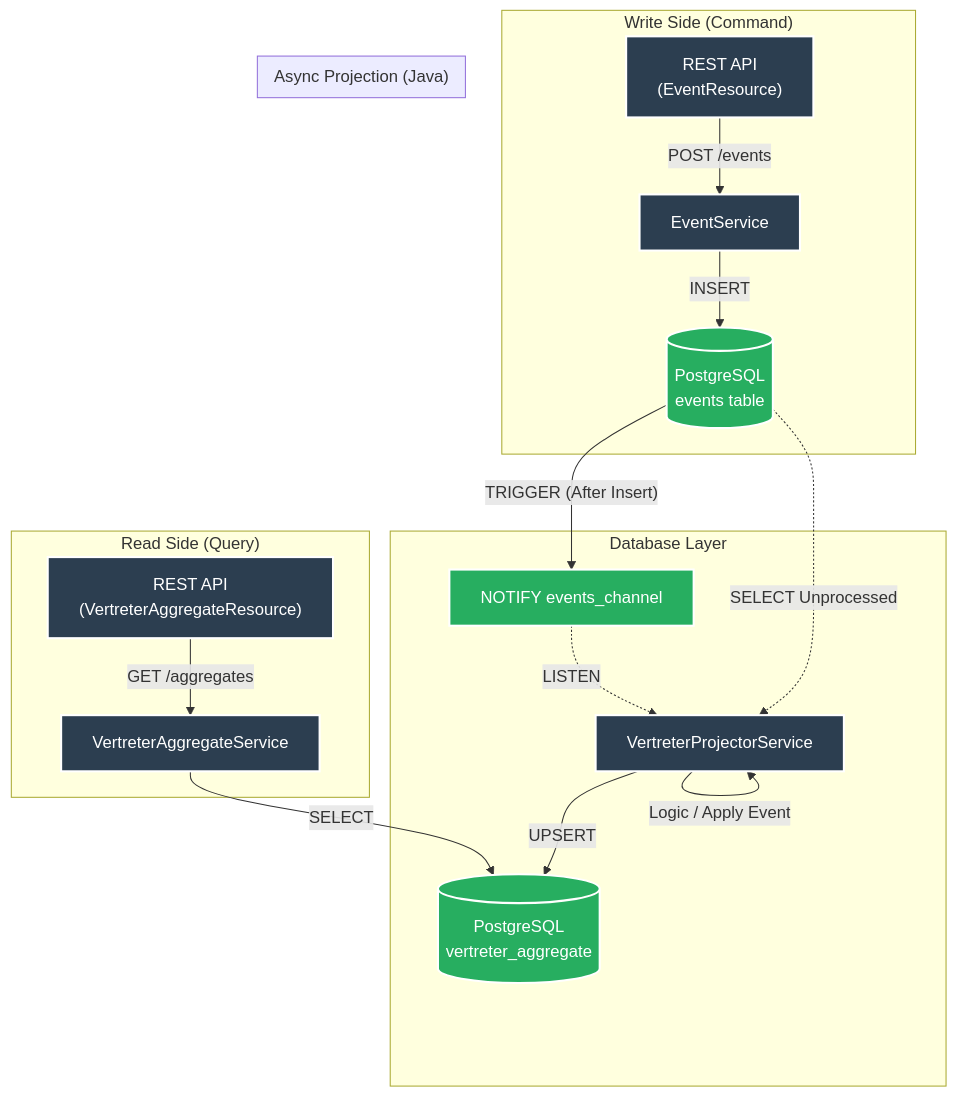
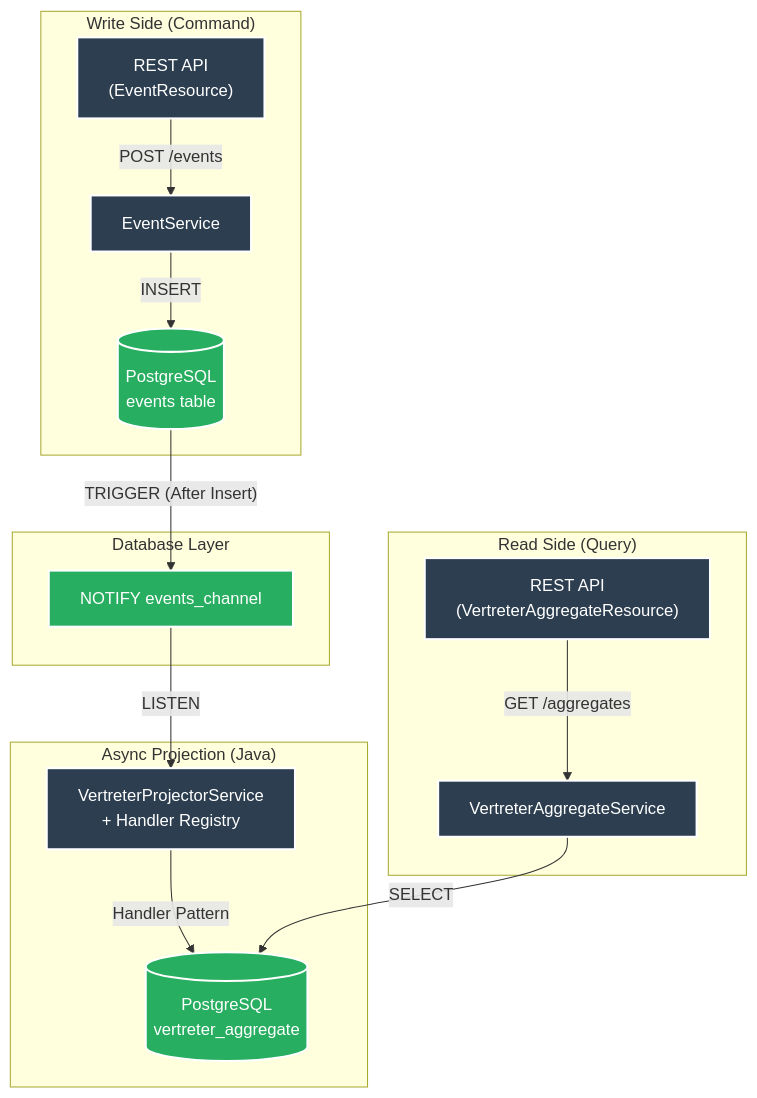
Before and after one commit to maatini/es-psql-quarkus: the diagram in README.md, drawn with Mermaid. The commit also changed other lines of this file, not shown here.

Commit message:
feat: implement `Vertreter` aggregate event handlers, enhance projection robustness, and add comprehensive event resource tests.

````diff
--- a/README.md
+++ b/README.md
@@ -75,30 +9,28 @@
 ```mermaid
 graph TD
     subgraph "Write Side (Command)"
         API_W["REST API<br/>(EventResource)"] -->|"POST /events"| ES["EventService"]
         ES -->|"INSERT"| DB_Events[("PostgreSQL<br/>events table")]
     end
 
     subgraph "Database Layer"
         DB_Events -->|"TRIGGER (After Insert)"| DB_Notify["NOTIFY events_channel"]
-        DB_Events -.->|"SELECT Unprocessed"| PROJ
-        PROJ -->|"UPSERT"| DB_Agg[("PostgreSQL<br/>vertreter_aggregate")]
     end
 
     subgraph "Async Projection (Java)"
-        DB_Notify -.->|"LISTEN"| PROJ["VertreterProjectorService"]
-        PROJ -->|"Logic / Apply Event"| PROJ
+        DB_Notify -->|"LISTEN"| PROJ["VertreterProjectorService<br/>+ Handler Registry"]
+        PROJ -->|"Handler Pattern"| DB_Agg[("PostgreSQL<br/>vertreter_aggregate")]
     end
 
     subgraph "Read Side (Query)"
         API_R["REST API<br/>(VertreterAggregateResource)"] -->|"GET /aggregates"| AS["VertreterAggregateService"]
         AS -->|"SELECT"| DB_Agg
     end
 
     classDef java fill:#2C3E50,stroke:#fff,stroke-width:2px,color:#fff;
     classDef db fill:#27AE60,stroke:#fff,stroke-width:2px,color:#fff;
     classDef api fill:#E67E22,stroke:#fff,stroke-width:2px,color:#fff;
 
     class API_W,API_R,ES,AS,PROJ java;
     class DB_Events,DB_Agg,DB_Notify db;
 ```
````
